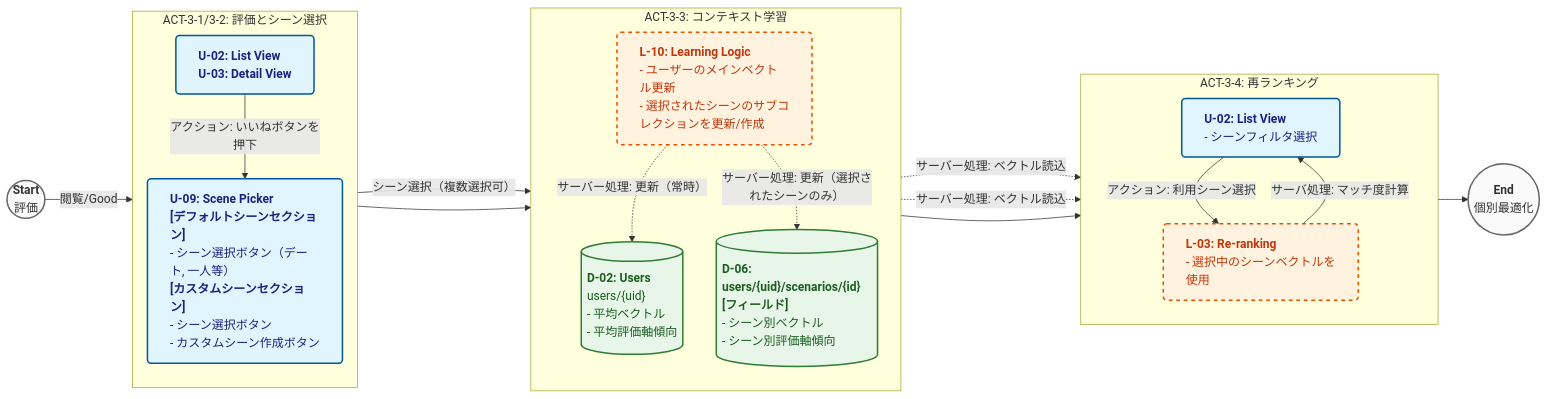
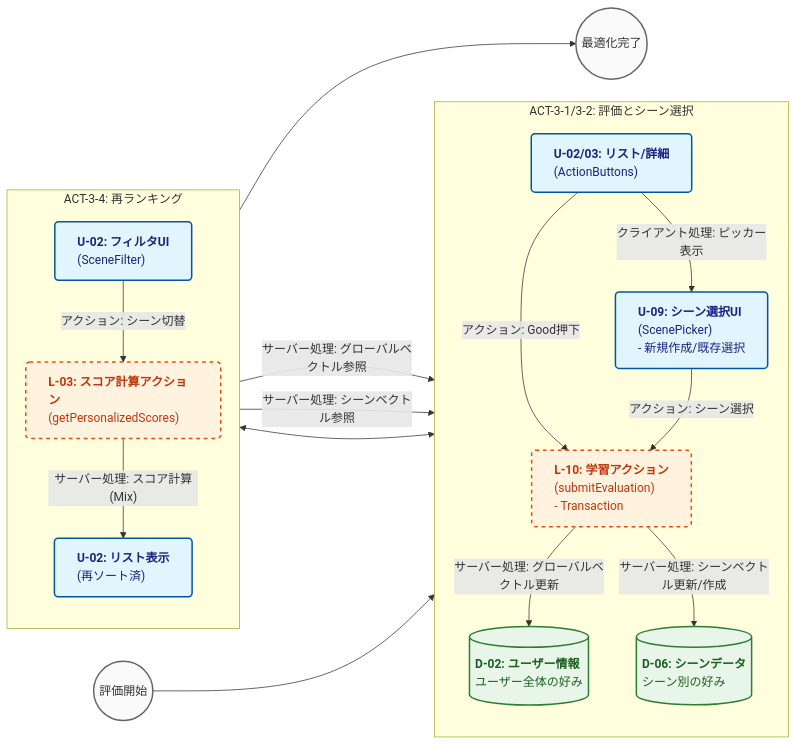
The third of 7 diagrams in docs/仕様書v2.md (plplbody/googlemap-reviews-AIanalyzer), drawn with Mermaid before and after one commit. The commit also changed other lines of this file and 14 other files, not shown here.

````diff
--- a/docs/仕様書v2.md
+++ b/docs/仕様書v2.md
@@ -414,49 +410,47 @@
 ```mermaid
-%%{init: {'flowchart': {'useMaxWidth': false, 'rankSpacing': 40, 'nodeSpacing': 20}}}%%
+%%{init: {'flowchart': {'useMaxWidth': false, 'rankSpacing': 60, 'nodeSpacing': 30}}}%%
 flowchart LR
     %% Definitions
     classDef ui fill:#e1f5fe,stroke:#01579b,stroke-width:2px,rx:5,ry:5,color:#1a237e,text-align:left
     classDef logic fill:#fff3e0,stroke:#e65100,stroke-width:2px,stroke-dasharray: 5 5,rx:5,ry:5,color:#bf360c,text-align:left
     classDef db fill:#e8f5e9,stroke:#2e7d32,stroke-width:2px,rx:0,ry:0,color:#1b5e20,text-align:left
     classDef startend fill:#fafafa,stroke:#666,stroke-width:2px,rx:20,ry:20,color:#333
 
     %% Start/End
-    S3_Start(("<b>Start</b><br/>評価")):::startend
-    S3_End(("<b>End</b><br/>個別最適化")):::startend
+    S3_Start((評価開始)):::startend
+    S3_End((最適化完了)):::startend
 
     subgraph ACT_3_1 ["ACT-3-1/3-2: 評価とシーン選択"]
         direction TB
-        U_02["<b>U-02: List View</b><br/><b>U-03: Detail View</b>"]:::ui
-        U_09["<b>U-09: Scene Picker</b><br/><b>[デフォルトシーンセクション]</b><br/>- シーン選択ボタン（デート, 一人等）<br/><b>[カスタムシーンセクション]</b><br/>- シーン選択ボタン<br/>- カスタムシーン作成ボタン"]:::ui
-        
-        U_02 -- "アクション: いいねボタンを押下" --> U_09
-    end
-
-    subgraph ACT_3_3 ["ACT-3-3: コンテキスト学習"]
-        direction TB
-        L_10["<b>L-10: Learning Logic</b><br/>- ユーザーのメインベクトル更新<br/>- 選択されたシーンのサブコレクションを更新/作成"]:::logic
-        
-        D_02[("<b>D-02: Users</b><br/>users/{uid}<br/>- 平均ベクトル<br/>- 平均評価軸傾向")]:::db
-        D_06[("<b>D-06: users/{uid}/scenarios/{id}</b><br/><b>[フィールド]</b><br/>- シーン別ベクトル<br/>- シーン別評価軸傾向")]:::db
-
-        U_09 -- "シーン選択（複数選択可）" --> L_10
-        L_10 -. "サーバー処理: 更新（常時）" .-> D_02
-        L_10 -. "サーバー処理: 更新（選択されたシーンのみ）" .-> D_06
+        U_02["<b>U-02/03: リスト/詳細</b><br/>(ActionButtons)"]:::ui
+        U_09["<b>U-09: シーン選択UI</b><br/>(ScenePicker)<br/>- 新規作成/既存選択"]:::ui
+        L_10["<b>L-10: 学習アクション</b><br/>(submitEvaluation)<br/>- Transaction"]:::logic
+        D_02[("<b>D-02: ユーザー情報</b><br/>ユーザー全体の好み")]:::db
+        D_06[("<b>D-06: シーンデータ</b><br/>シーン別の好み")]:::db
     end
 
     subgraph ACT_3_4 ["ACT-3-4: 再ランキング"]
         direction TB
-        U_List["<b>U-02: List View</b><br/>- シーンフィルタ選択"]:::ui
-        L_Rank["<b>L-03: Re-ranking</b><br/>- 選択中のシーンベクトルを使用"]:::logic
-
-        U_List -- "アクション: 利用シーン選択" --> L_Rank
-        D_06 -. "サーバー処理: ベクトル読込" .-> L_Rank
-        D_02 -. "サーバー処理: ベクトル読込" .-> L_Rank
-        L_Rank --"サーバ処理: マッチ度計算"--> U_List
+        U_Filter["<b>U-02: フィルタUI</b><br/>(SceneFilter)"]:::ui
+        L_03["<b>L-03: スコア計算アクション</b><br/>(getPersonalizedScores)"]:::logic
+        U_List["<b>U-02: リスト表示</b><br/>(再ソート済)"]:::ui
     end
 
-    S3_Start -- "閲覧/Good" --> ACT_3_1
-    ACT_3_1 --> ACT_3_3
-    ACT_3_3 --> ACT_3_4
-    ACT_3_4 --> S3_End
+    %% Flows - Phase 1: Eval
+    S3_Start --> U_02
+    U_02 -- "アクション: Good押下" --> L_10
+    L_10 -- "サーバー処理: グローバルベクトル更新" --> D_02
+    
+    %% Flows - Phase 2: Scene Context
+    U_02 -- "クライアント処理: ピッカー表示" --> U_09
+    U_09 -- "アクション: シーン選択" --> L_10
+    L_10 -- "サーバー処理: シーンベクトル更新/作成" --> D_06
+
+    %% Flows - Phase 3: Re-ranking
+    U_Filter <--> D_06
+    U_Filter -- "アクション: シーン切替" --> L_03
+    L_03 -- "サーバー処理: シーンベクトル参照" --> D_06
+    L_03 -- "サーバー処理: グローバルベクトル参照" --> D_02
+    L_03 -- "サーバー処理: スコア計算(Mix)" --> U_List
+    U_List --> S3_End
 ```
````
